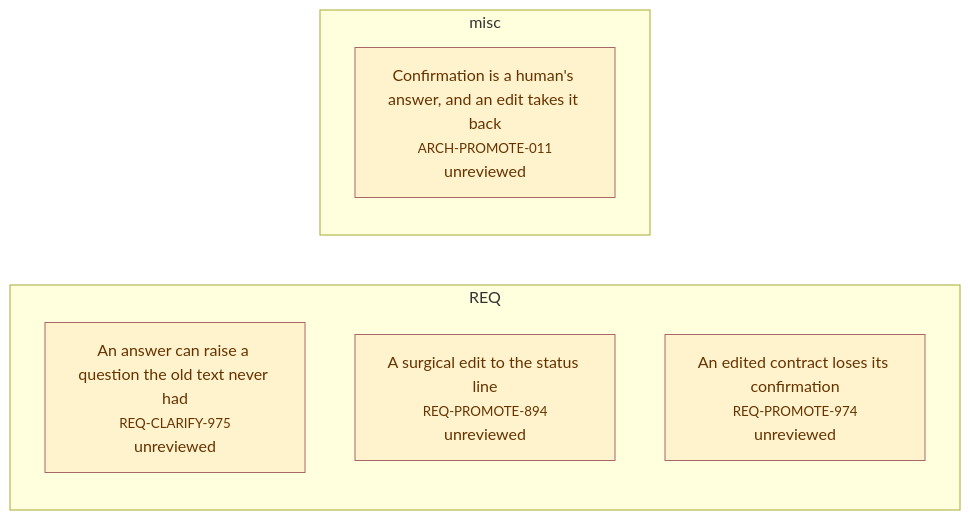
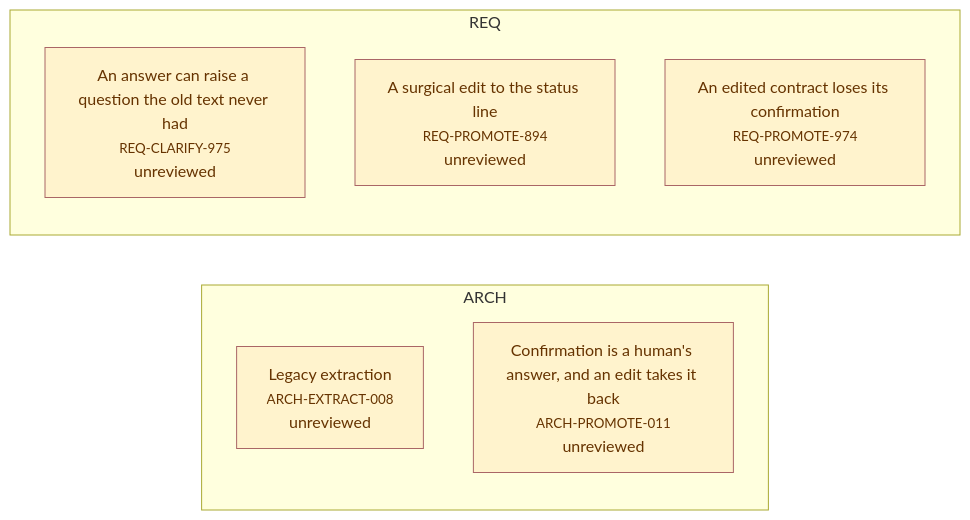
The fifth of 5 diagrams in plugin/requirements/_map.md (alxmax/Requirement-manager), drawn with Mermaid before and after one commit. The commit also changed other lines of this file and 20 other files, not shown here.

````diff
--- a/plugin/requirements/_map.md
+++ b/plugin/requirements/_map.md
@@ -962,15 +964,17 @@
 ```mermaid
 graph LR
+  subgraph sg_ARCH["ARCH"]
+    ARCH_EXTRACT_008["Legacy extraction<br><small>ARCH-EXTRACT-008</small><br>unreviewed"]
+    ARCH_PROMOTE_011["Confirmation is a human's answer, and an edit takes it back<br><small>ARCH-PROMOTE-011</small><br>unreviewed"]
+  end
   subgraph sg_REQ["REQ"]
     REQ_CLARIFY_975["An answer can raise a question the old text never had<br><small>REQ-CLARIFY-975</small><br>unreviewed"]
     REQ_PROMOTE_894["A surgical edit to the status line<br><small>REQ-PROMOTE-894</small><br>unreviewed"]
     REQ_PROMOTE_974["An edited contract loses its confirmation<br><small>REQ-PROMOTE-974</small><br>unreviewed"]
   end
-  subgraph sg_misc["misc"]
-    ARCH_PROMOTE_011["Confirmation is a human's answer, and an edit takes it back<br><small>ARCH-PROMOTE-011</small><br>unreviewed"]
-  end
   style REQ_CLARIFY_975 fill:#fff3cd,stroke:#a66,color:#630
+  style ARCH_EXTRACT_008 fill:#fff3cd,stroke:#a66,color:#630
   style ARCH_PROMOTE_011 fill:#fff3cd,stroke:#a66,color:#630
   style REQ_PROMOTE_894 fill:#fff3cd,stroke:#a66,color:#630
   style REQ_PROMOTE_974 fill:#fff3cd,stroke:#a66,color:#630
 ```
````
